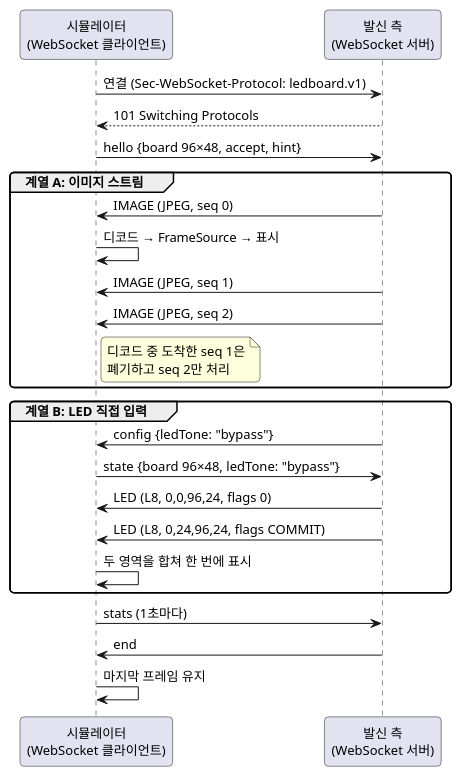
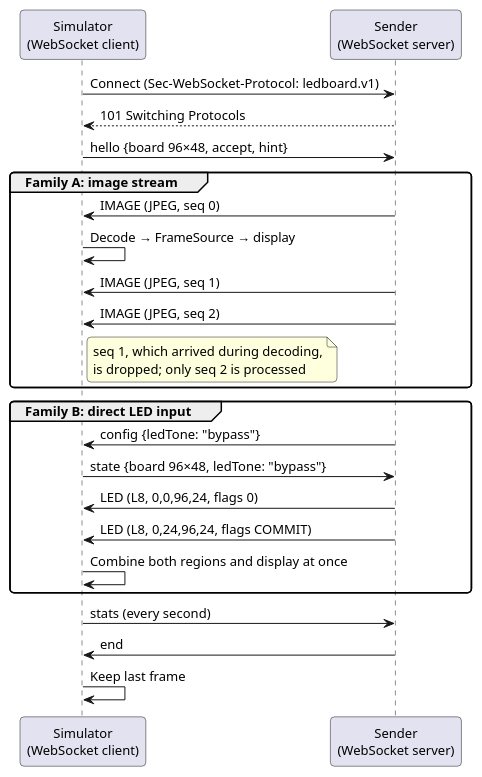
Before and after one commit to jujuroa/ledboard: the third of 5 diagrams in docs/source-interface.md, drawn with PlantUML. The commit also changed other lines of this file and 7 other files, not shown here.

````diff
--- a/docs/source-interface.md
+++ b/docs/source-interface.md
@@ -379,36 +381,36 @@
 ```plantuml
 @startuml
 skinparam backgroundColor #FFFFFF
 skinparam shadowing false
 skinparam defaultFontName "Malgun Gothic"
 skinparam defaultFontSize 13
 skinparam roundCorner 8
 
-participant "시뮬레이터\n(WebSocket 클라이언트)" as S
-participant "발신 측\n(WebSocket 서버)" as P
+participant "Simulator\n(WebSocket client)" as S
+participant "Sender\n(WebSocket server)" as P
 
-S -> P : 연결 (Sec-WebSocket-Protocol: ledboard.v1)
+S -> P : Connect (Sec-WebSocket-Protocol: ledboard.v1)
 P --> S : 101 Switching Protocols
 S -> P : hello {board 96×48, accept, hint}
 
-group 계열 A: 이미지 스트림
+group Family A: image stream
   P -> S : IMAGE (JPEG, seq 0)
-  S -> S : 디코드 → FrameSource → 표시
+  S -> S : Decode → FrameSource → display
   P -> S : IMAGE (JPEG, seq 1)
   P -> S : IMAGE (JPEG, seq 2)
-  note right of S : 디코드 중 도착한 seq 1은\n폐기하고 seq 2만 처리
+  note right of S : seq 1, which arrived during decoding,\nis dropped; only seq 2 is processed
 end
 
-group 계열 B: LED 직접 입력
+group Family B: direct LED input
   P -> S : config {ledTone: "bypass"}
   S -> P : state {board 96×48, ledTone: "bypass"}
   P -> S : LED (L8, 0,0,96,24, flags 0)
   P -> S : LED (L8, 0,24,96,24, flags COMMIT)
-  S -> S : 두 영역을 합쳐 한 번에 표시
+  S -> S : Combine both regions and display at once
 end
 
-S -> P : stats (1초마다)
+S -> P : stats (every second)
 P -> S : end
-S -> S : 마지막 프레임 유지
+S -> S : Keep last frame
 @enduml
 ```
````
